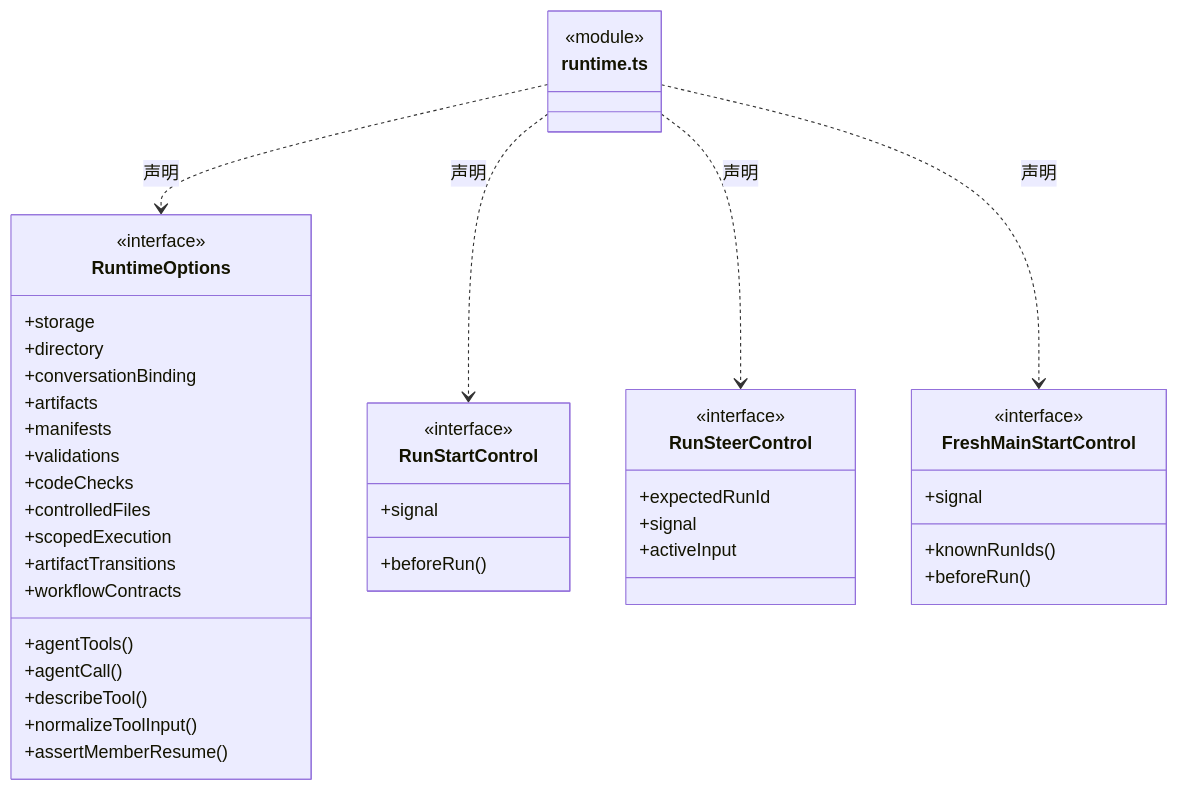
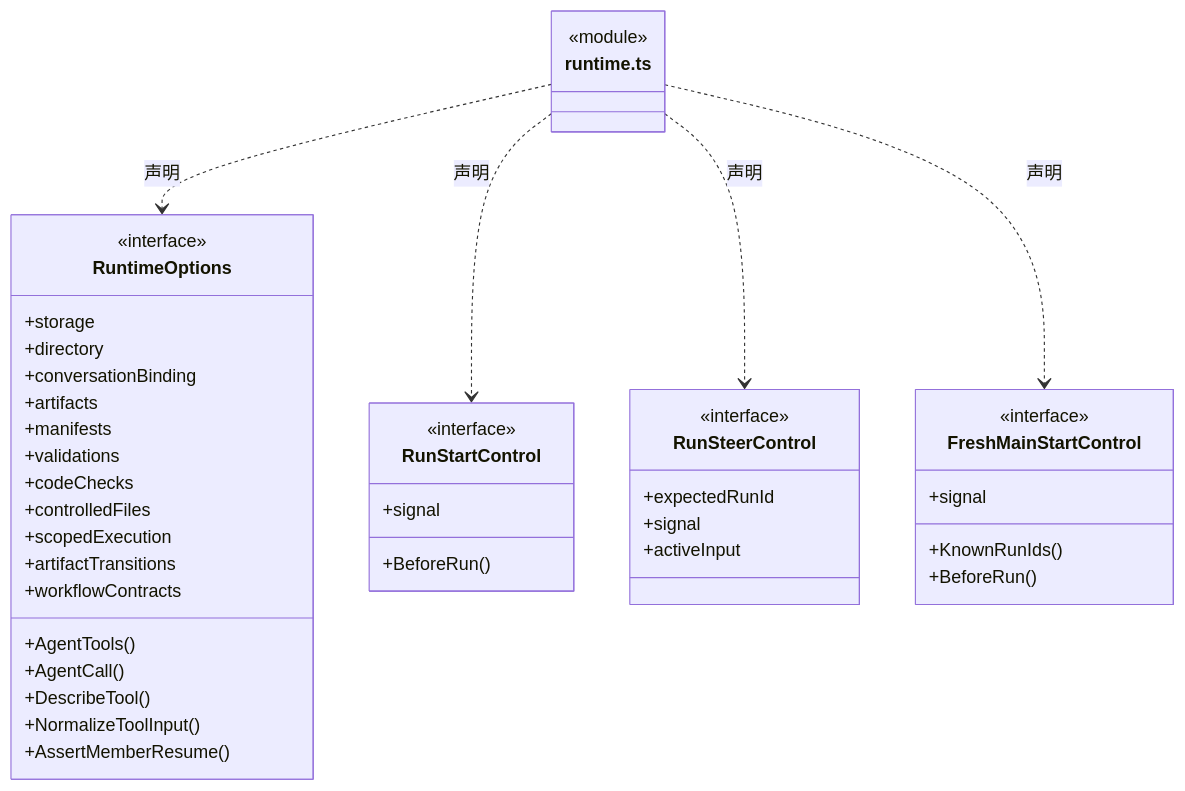
One commit to nan023062/cbim changed the first of 3 diagrams in src/logic/execution/rules/runtime/ARCHITECTURE.md. Above: the diagram before and after it, drawn with Mermaid. The commit also changed other lines of this file and 1035 other files, not shown here.

````diff
--- a/src/logic/execution/rules/runtime/ARCHITECTURE.md
+++ b/src/logic/execution/rules/runtime/ARCHITECTURE.md
@@ -25,46 +25,46 @@
 ```mermaid
 classDiagram
 class N_src_logic_execution_rules_runtime_runtime_ts["runtime.ts"] {
   <<module>>
 }
 class N_src_logic_execution_rules_runtime_runtime_ts_RuntimeOptions["RuntimeOptions"] {
   <<interface>>
-  +agentTools()
-  +agentCall()
+  +AgentTools()
+  +AgentCall()
   +storage
   +directory
   +conversationBinding
   +artifacts
   +manifests
   +validations
   +codeChecks
   +controlledFiles
   +scopedExecution
   +artifactTransitions
   +workflowContracts
-  +describeTool()
-  +normalizeToolInput()
-  +assertMemberResume()
+  +DescribeTool()
+  +NormalizeToolInput()
+  +AssertMemberResume()
 }
 N_src_logic_execution_rules_runtime_runtime_ts ..> N_src_logic_execution_rules_runtime_runtime_ts_RuntimeOptions : 声明
 class N_src_logic_execution_rules_runtime_runtime_ts_RunStartControl["RunStartControl"] {
   <<interface>>
   +signal
-  +beforeRun()
+  +BeforeRun()
 }
 N_src_logic_execution_rules_runtime_runtime_ts ..> N_src_logic_execution_rules_runtime_runtime_ts_RunStartControl : 声明
 class N_src_logic_execution_rules_runtime_runtime_ts_RunSteerControl["RunSteerControl"] {
   <<interface>>
   +expectedRunId
   +signal
   +activeInput
 }
 N_src_logic_execution_rules_runtime_runtime_ts ..> N_src_logic_execution_rules_runtime_runtime_ts_RunSteerControl : 声明
 class N_src_logic_execution_rules_runtime_runtime_ts_FreshMainStartControl["FreshMainStartControl"] {
   <<interface>>
   +signal
-  +knownRunIds()
-  +beforeRun()
+  +KnownRunIds()
+  +BeforeRun()
 }
 N_src_logic_execution_rules_runtime_runtime_ts ..> N_src_logic_execution_rules_runtime_runtime_ts_FreshMainStartControl : 声明
 ```
````
